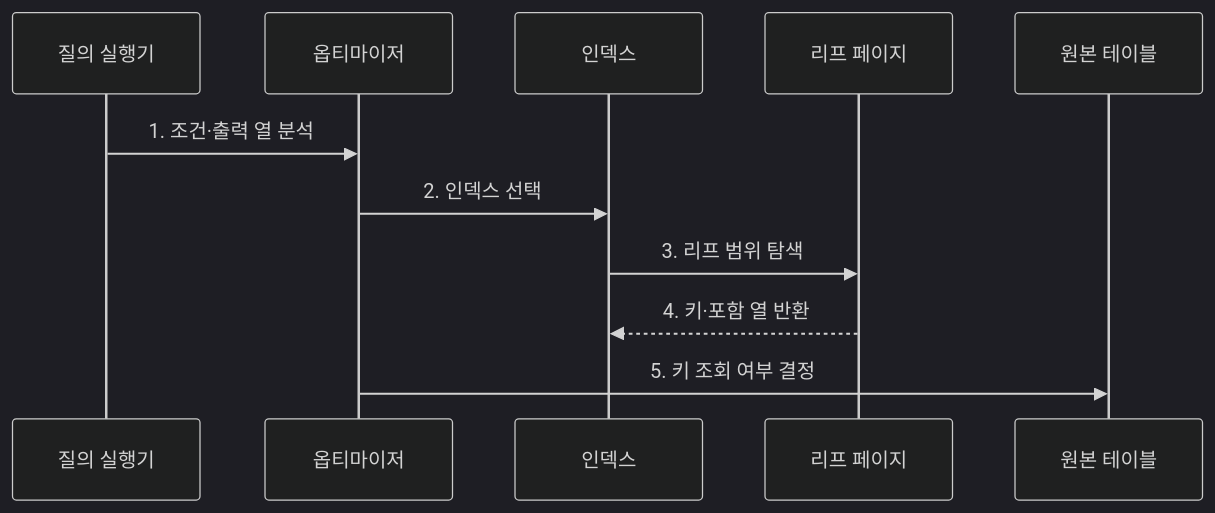
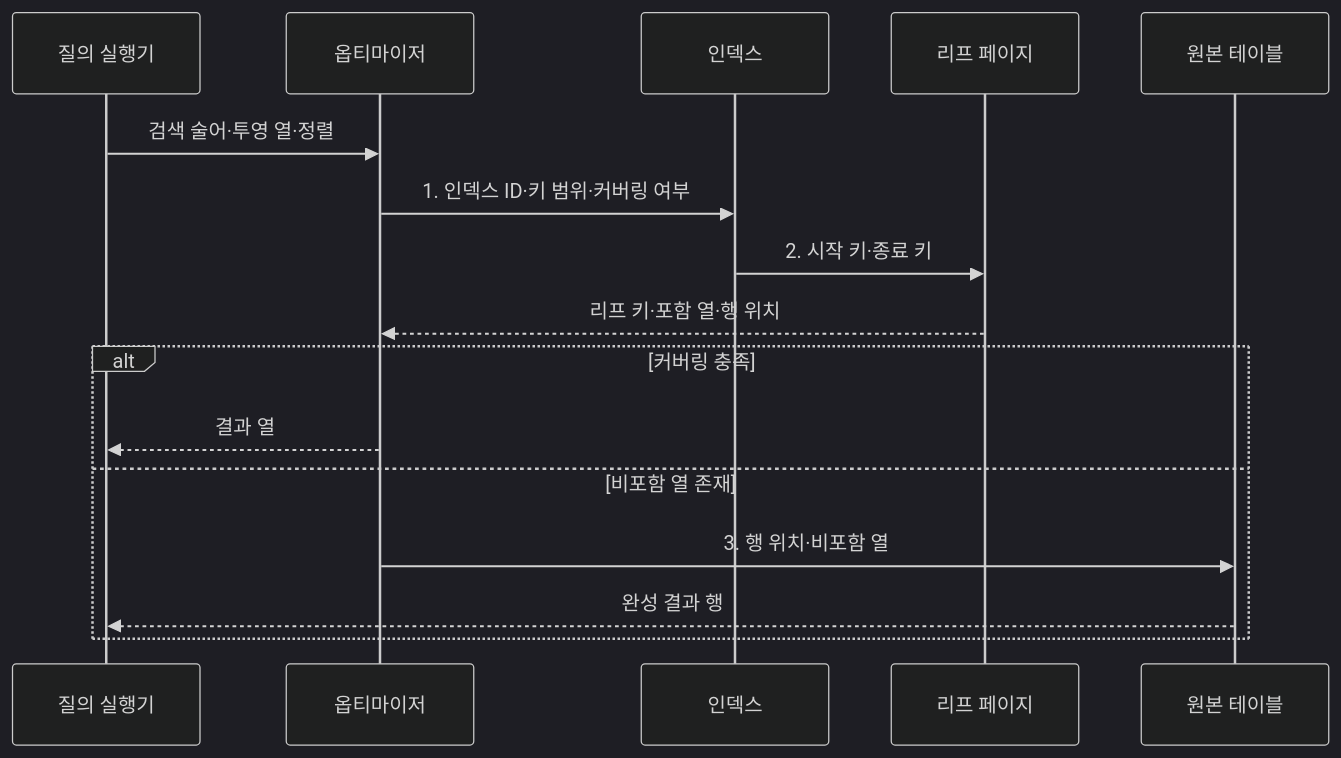
One commit to agnusdei1207/knowledge-base changed the second of 2 diagrams in src/content/docs/notes/03-software/094_clustered_covering_index.md. Above: the diagram before and after it, drawn with Mermaid (dark theme). The commit also changed other lines of this file and 20 other files, not shown here.

````diff
--- a/src/content/docs/notes/03-software/094_clustered_covering_index.md
+++ b/src/content/docs/notes/03-software/094_clustered_covering_index.md
@@ -78,13 +88,18 @@
 ```mermaid
 sequenceDiagram
     participant Q as 질의 실행기
     participant O as 옵티마이저
     participant I as 인덱스
     participant L as 리프 페이지
     participant T as 원본 테이블
-    Q->>O: 1. 조건·출력 열 분석
-    O->>I: 2. 인덱스 선택
-    I->>L: 3. 리프 범위 탐색
-    L-->>I: 4. 키·포함 열 반환
-    O->>T: 5. 키 조회 여부 결정
+    Q->>O: 검색 술어·투영 열·정렬
+    O->>I: 1. 인덱스 ID·키 범위·커버링 여부
+    I->>L: 2. 시작 키·종료 키
+    L-->>O: 리프 키·포함 열·행 위치
+    alt 커버링 충족
+        O-->>Q: 결과 열
+    else 비포함 열 존재
+        O->>T: 3. 행 위치·비포함 열
+        T-->>Q: 완성 결과 행
+    end
 ```
````
